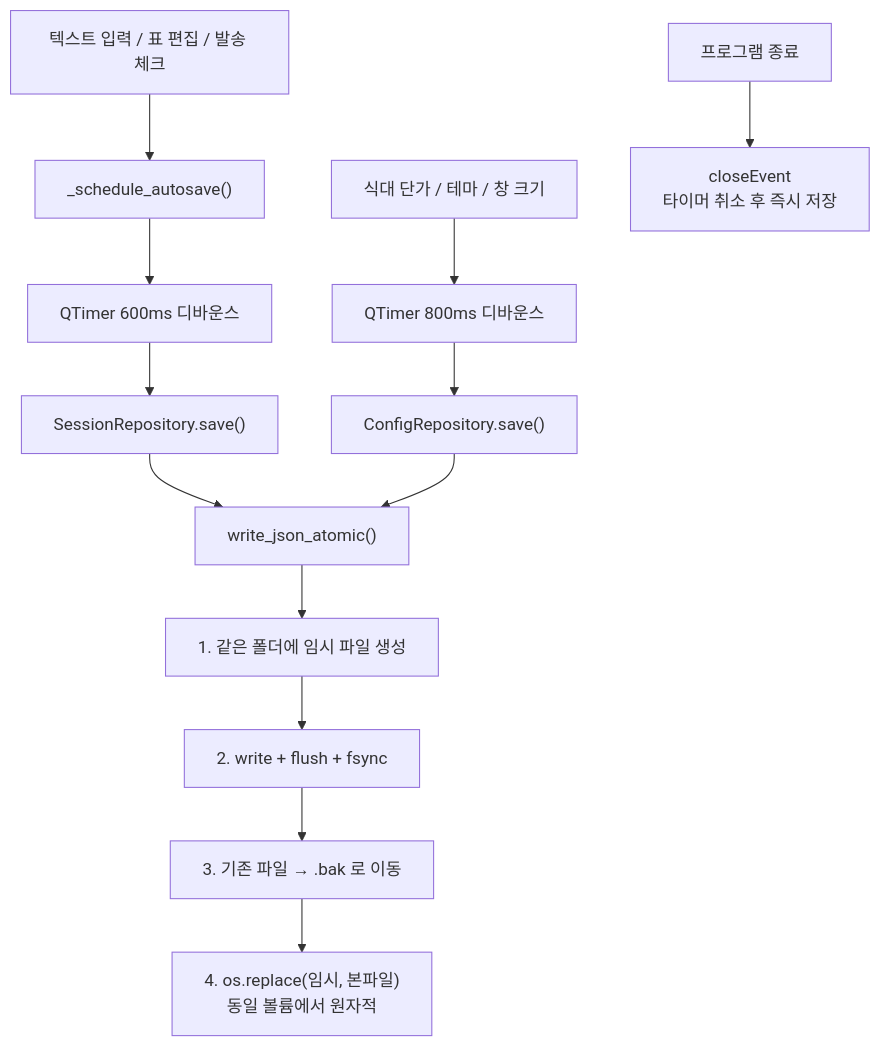
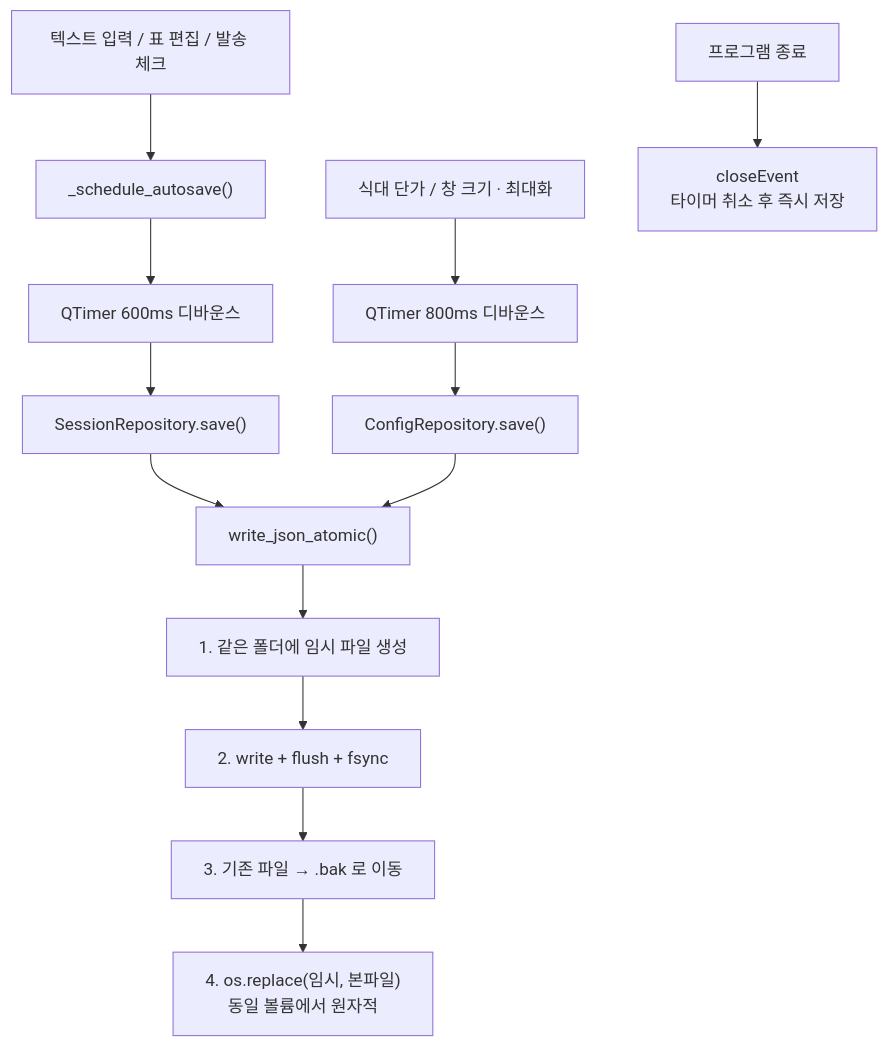
One commit to gatsjy/ChuguiMaster changed the eighth of 12 diagrams in FLOW.md. Above: the diagram before and after it, drawn with Mermaid. The commit also changed other lines of this file, not shown here.

First line of the commit message:
docs(flow): Record v2.2 behaviour changes

````diff
--- a/FLOW.md
+++ b/FLOW.md
@@ -285,17 +360,17 @@
 ```mermaid
 flowchart TD
     A["텍스트 입력 / 표 편집 / 발송 체크"] --> B["_schedule_autosave()"]
     B --> C["QTimer 600ms 디바운스"]
     C --> D["SessionRepository.save()"]
 
-    E["식대 단가 / 테마 / 창 크기"] --> F["QTimer 800ms 디바운스"]
+    E["식대 단가 / 창 크기 · 최대화"] --> F["QTimer 800ms 디바운스"]
     F --> G["ConfigRepository.save()"]
 
     D & G --> H["write_json_atomic()"]
     H --> H1["1. 같은 폴더에 임시 파일 생성"]
     H1 --> H2["2. write + flush + fsync"]
     H2 --> H3["3. 기존 파일 → .bak 로 이동"]
     H3 --> H4["4. os.replace(임시, 본파일)<br/>동일 볼륨에서 원자적"]
 
     I["프로그램 종료"] --> J["closeEvent<br/>타이머 취소 후 즉시 저장"]
 ```
````
